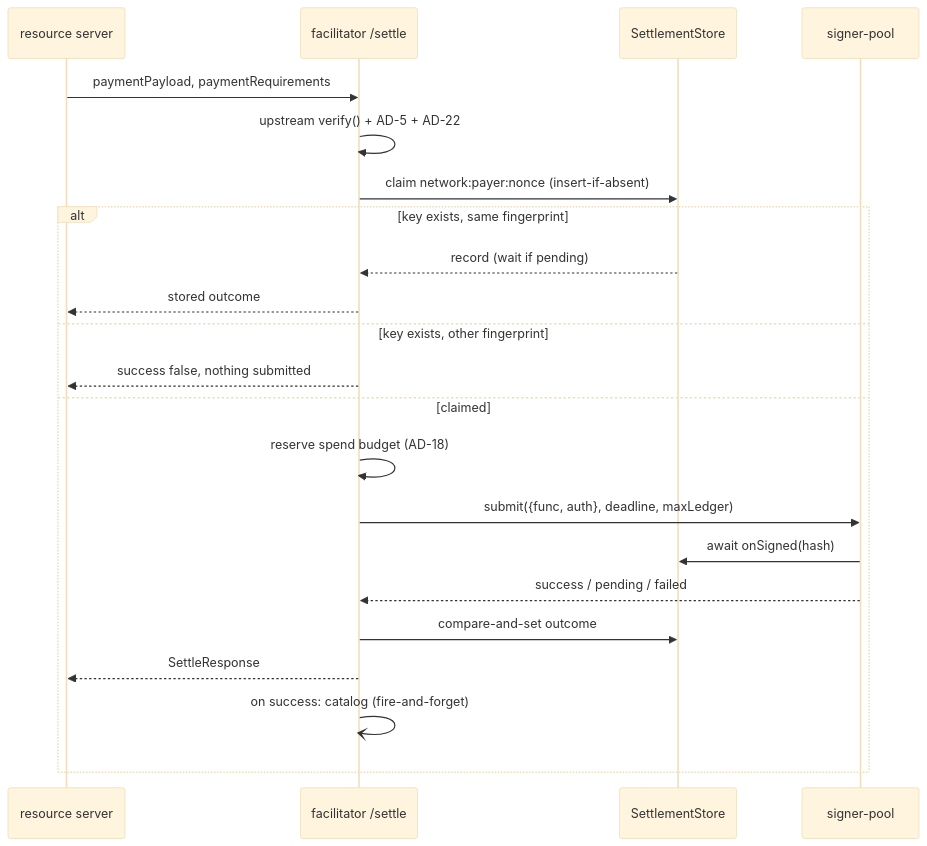
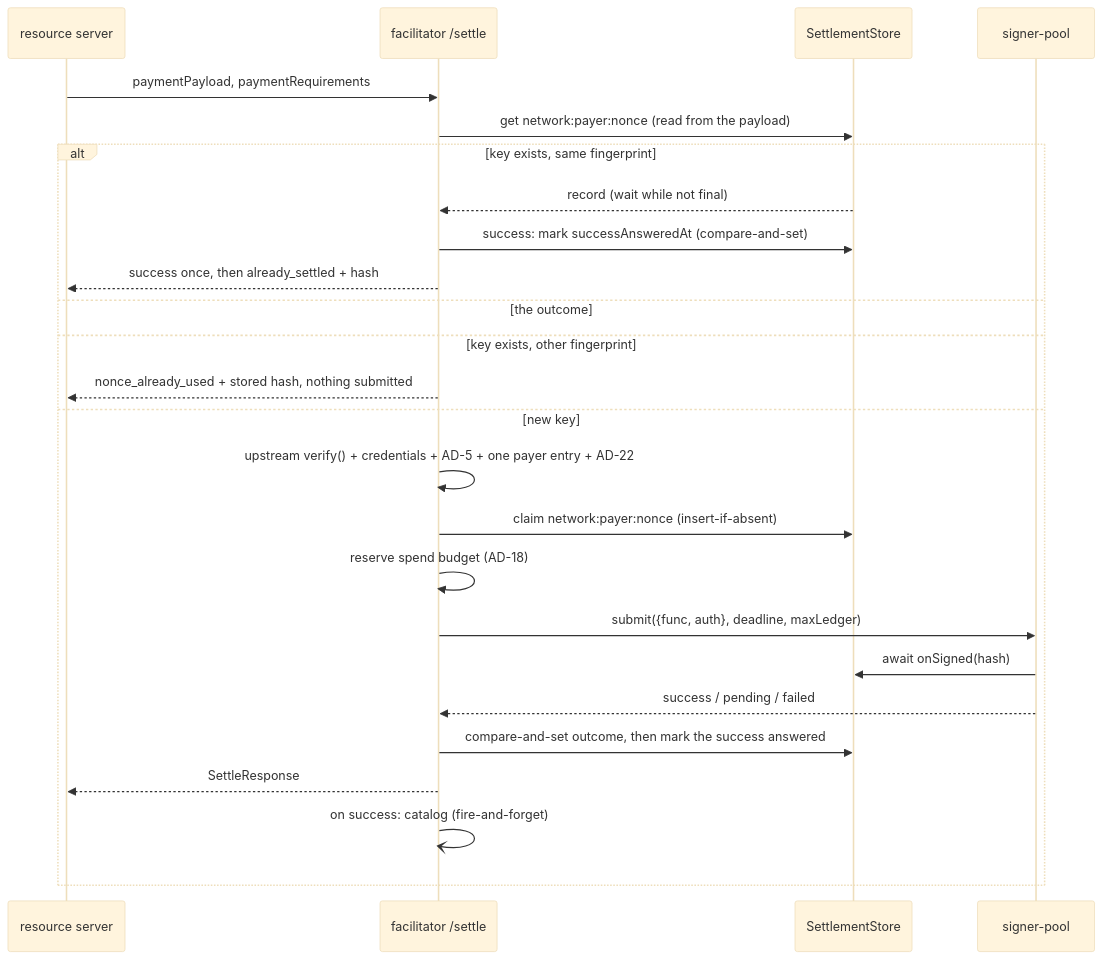
The third of 3 diagrams in docs/architecture/m1-spine.md (rumblefishdev/stellar-x402), drawn with Mermaid (base theme) before and after one commit. The commit also changed other lines of this file and 17 other files, not shown here.

````diff
--- a/docs/architecture/m1-spine.md
+++ b/docs/architecture/m1-spine.md
@@ -380,24 +385,26 @@
 ```mermaid
 sequenceDiagram
   participant S as resource server
   participant F as facilitator /settle
   participant R as SettlementStore
   participant P as signer-pool
   S->>F: paymentPayload, paymentRequirements
-  F->>F: upstream verify() + AD-5 + AD-22
-  F->>R: claim network:payer:nonce (insert-if-absent)
+  F->>R: get network:payer:nonce (read from the payload)
   alt key exists, same fingerprint
-    R-->>F: record (wait if pending)
-    F-->>S: stored outcome
+    R-->>F: record (wait while not final)
+    F->>R: success: mark successAnsweredAt (compare-and-set)
+    F-->>S: success once, then already_settled + hash; else the outcome
   else key exists, other fingerprint
-    F-->>S: success false, nothing submitted
-  else claimed
+    F-->>S: nonce_already_used + stored hash, nothing submitted
+  else new key
+    F->>F: upstream verify() + credentials + AD-5 + one payer entry + AD-22
+    F->>R: claim network:payer:nonce (insert-if-absent)
     F->>F: reserve spend budget (AD-18)
     F->>P: submit({func, auth}, deadline, maxLedger)
     P->>R: await onSigned(hash)
     P-->>F: success / pending / failed
-    F->>R: compare-and-set outcome
+    F->>R: compare-and-set outcome, then mark the success answered
     F-->>S: SettleResponse
     F-)F: on success: catalog (fire-and-forget)
   end
 ```
````
